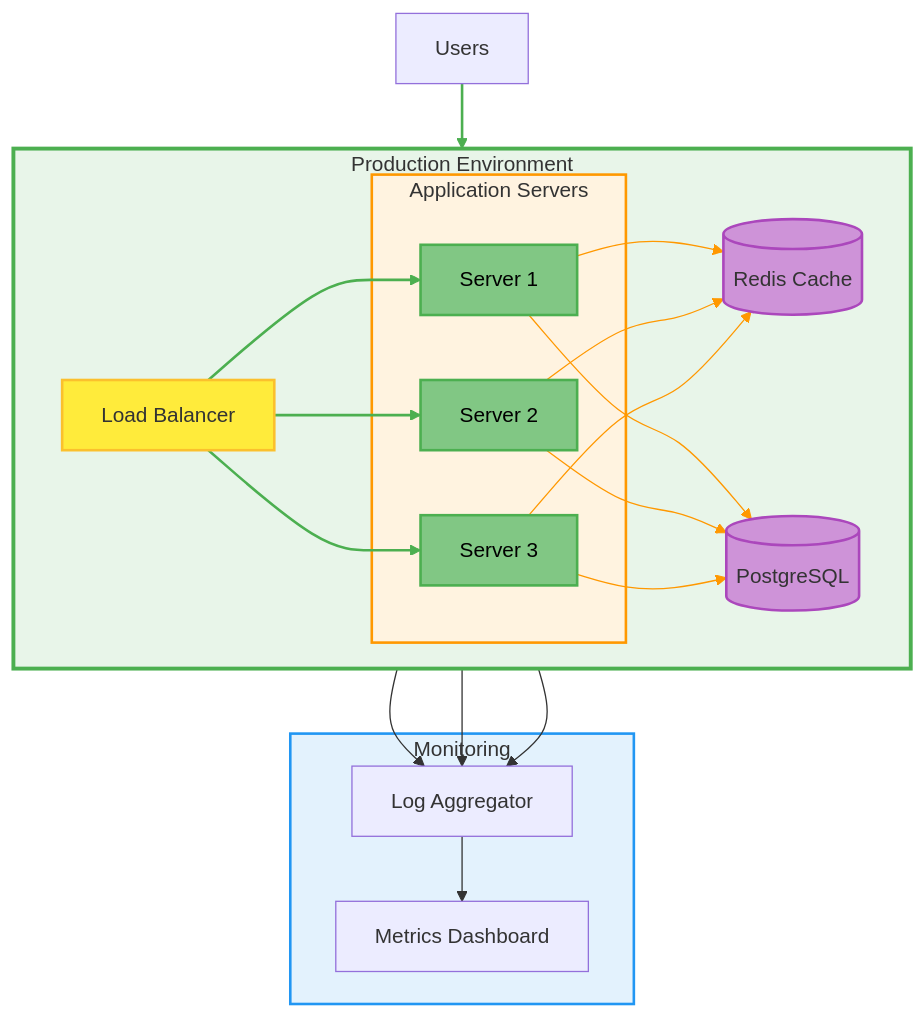
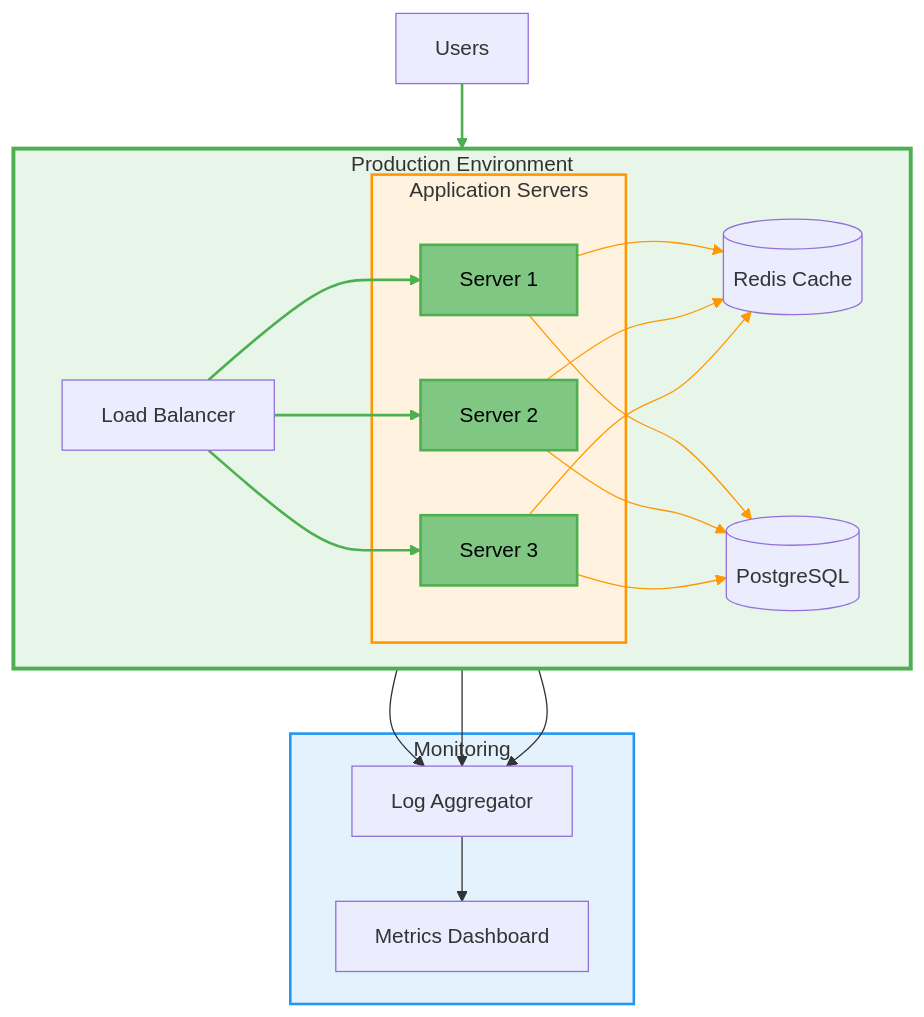
One commit to costa-marcello/repertoire changed diagram 12 of 13 in skills/mermaid-diagrams/references/theming.md. Above: the diagram before and after it, drawn with Mermaid. The commit also changed other lines of this file and 12 other files, not shown here.

First line of the commit message:
Fix mermaid-diagrams examples that broke its own rules

````diff
--- a/skills/mermaid-diagrams/references/theming.md
+++ b/skills/mermaid-diagrams/references/theming.md
@@ -267,42 +262,38 @@
 ```mermaid
 flowchart TB
     subgraph production[Production Environment]
         direction LR
         lb[Load Balancer]
 
         subgraph servers[Application Servers]
             app1[Server 1]
             app2[Server 2]
             app3[Server 3]
         end
 
         cache[(Redis Cache)]
         db[(PostgreSQL)]
     end
 
     subgraph monitoring[Monitoring]
         logs[Log Aggregator]
         metrics[Metrics Dashboard]
     end
 
     users[Users] --> lb
     lb --> app1 & app2 & app3
     app1 & app2 & app3 --> cache
     app1 & app2 & app3 --> db
     app1 & app2 & app3 --> logs
     logs --> metrics
 
     style production fill:#e8f5e9,stroke:#4caf50,stroke-width:3px
     style servers fill:#fff3e0,stroke:#ff9800,stroke-width:2px
     style monitoring fill:#e3f2fd,stroke:#2196f3,stroke-width:2px
 
-    style lb fill:#ffeb3b,stroke:#fbc02d,stroke-width:2px
-    style cache fill:#ce93d8,stroke:#ab47bc,stroke-width:2px
-    style db fill:#ce93d8,stroke:#ab47bc,stroke-width:2px
-
     classDef serverClass fill:#81c784,stroke:#4caf50,stroke-width:2px,color:#000
     class app1,app2,app3 serverClass
 
     linkStyle 0,1,2,3 stroke:#4caf50,stroke-width:2px
     linkStyle 4,5,6,7,8,9 stroke:#ff9800,stroke-width:1px
 ```
````
